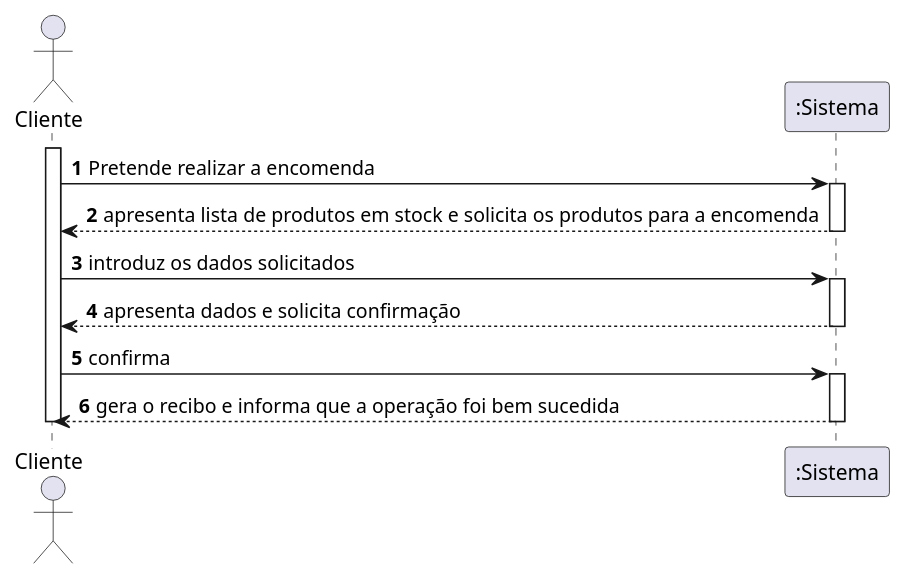
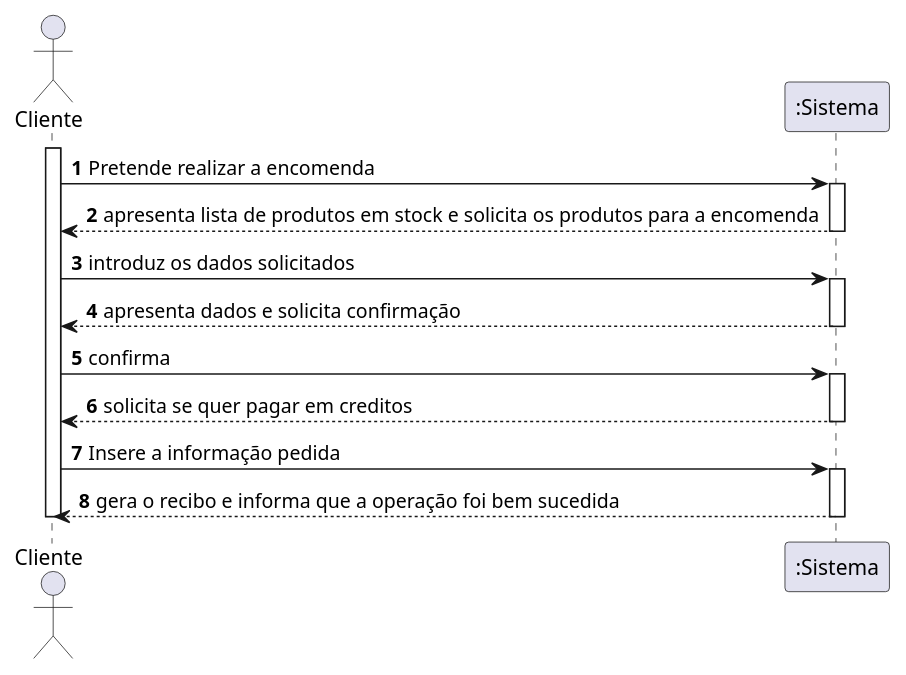
One commit to pedrolemos4/LAPR3 changed the diagram in docs/UC25/SSD.puml. Above: the diagram before and after it, drawn with PlantUML. The commit also changed 3 other files, not shown here.

Commit message:
LAP3AP4-150 #close Pagar com creditos [Análise]

```diff
--- a/docs/UC25/SSD.puml
+++ b/docs/UC25/SSD.puml
@@ -1,23 +1,30 @@
 @startuml
 autonumber
 actor "Cliente" as UNR
 
 activate UNR
 UNR -> ":Sistema" : Pretende realizar a encomenda
 activate ":Sistema"
 ":Sistema" --> UNR : apresenta lista de produtos em stock e solicita os produtos para a encomenda
 deactivate ":Sistema"
 
 
 UNR -> ":Sistema" : introduz os dados solicitados
 activate ":Sistema"
 ":Sistema" --> UNR : apresenta dados e solicita confirmação
 deactivate ":Sistema"
 
 UNR -> ":Sistema" : confirma
 activate ":Sistema"
+
+":Sistema" --> UNR : solicita se quer pagar em creditos
+deactivate ":Sistema"
+
+UNR -> ":Sistema" : Insere a informação pedida
+activate ":Sistema"
+
 ":Sistema" --> UNR : gera o recibo e informa que a operação foi bem sucedida
 deactivate ":Sistema"
 
 deactivate UNR
 @enduml
```
